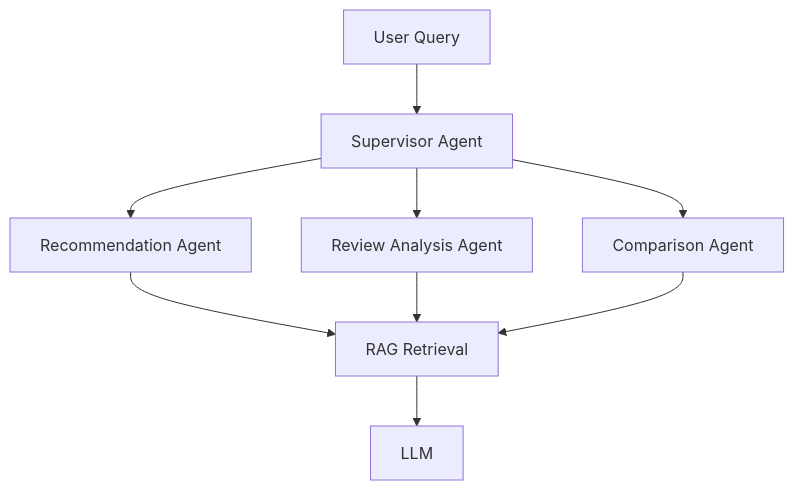
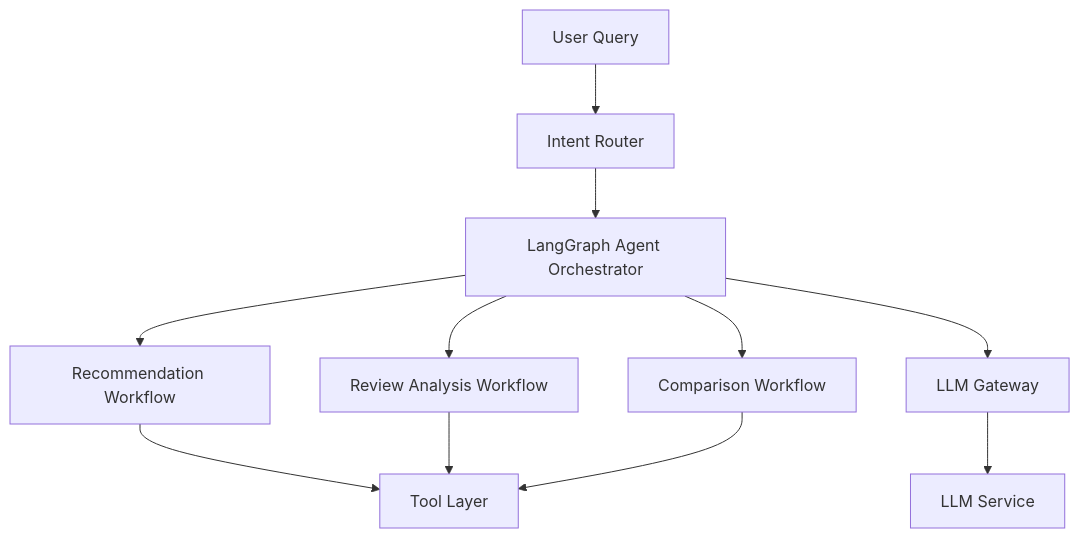
Before and after one commit to Rachit47/Arcademia-AI: diagram 14 of 25 in docs/ArcademiaAI_Software_Design_Document.md, drawn with Mermaid. The commit also changed other lines of this file, not shown here.

````diff
--- a/docs/ArcademiaAI_Software_Design_Document.md
+++ b/docs/ArcademiaAI_Software_Design_Document.md
@@ -1260,34 +1665,44 @@
 ```mermaid
 flowchart TD
 
 User[User Query]
 
-Supervisor[Supervisor Agent]
+Router[Intent Router]
 
-Recommendation[Recommendation Agent]
+Orchestrator[LangGraph Agent Orchestrator]
 
-Review[Review Analysis Agent]
+Recommendation[Recommendation Workflow]
 
-Comparison[Comparison Agent]
+Review[Review Analysis Workflow]
 
-RAG[RAG Retrieval]
+Comparison[Comparison Workflow]
 
-LLM[LLM]
+Tools[Tool Layer]
+
+LLMGateway[LLM Gateway]
+
+LLM[LLM Service]
 
 
-User --> Supervisor
+User --> Router
 
-Supervisor --> Recommendation
+Router --> Orchestrator
 
-Supervisor --> Review
+Orchestrator --> Recommendation
 
-Supervisor --> Comparison
+Orchestrator --> Review
 
-Recommendation --> RAG
+Orchestrator --> Comparison
 
-Review --> RAG
 
-Comparison --> RAG
+Recommendation --> Tools
 
-RAG --> LLM
+Review --> Tools
+
+Comparison --> Tools
+
+
+Orchestrator --> LLMGateway
+
+LLMGateway --> LLM
 ```
````
